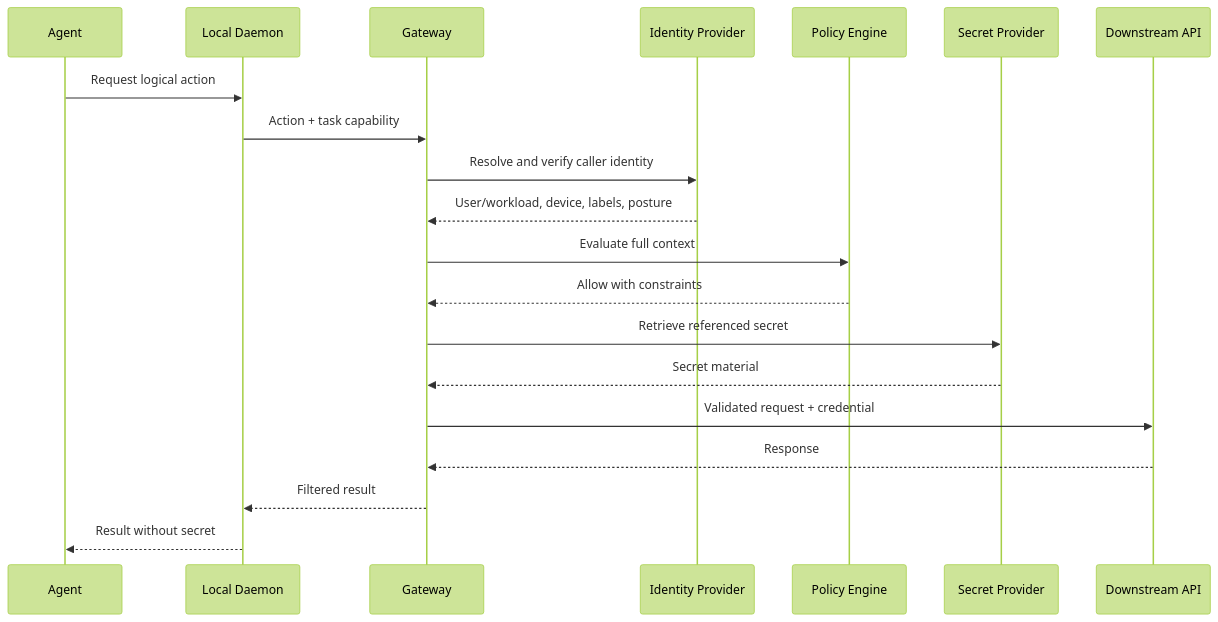
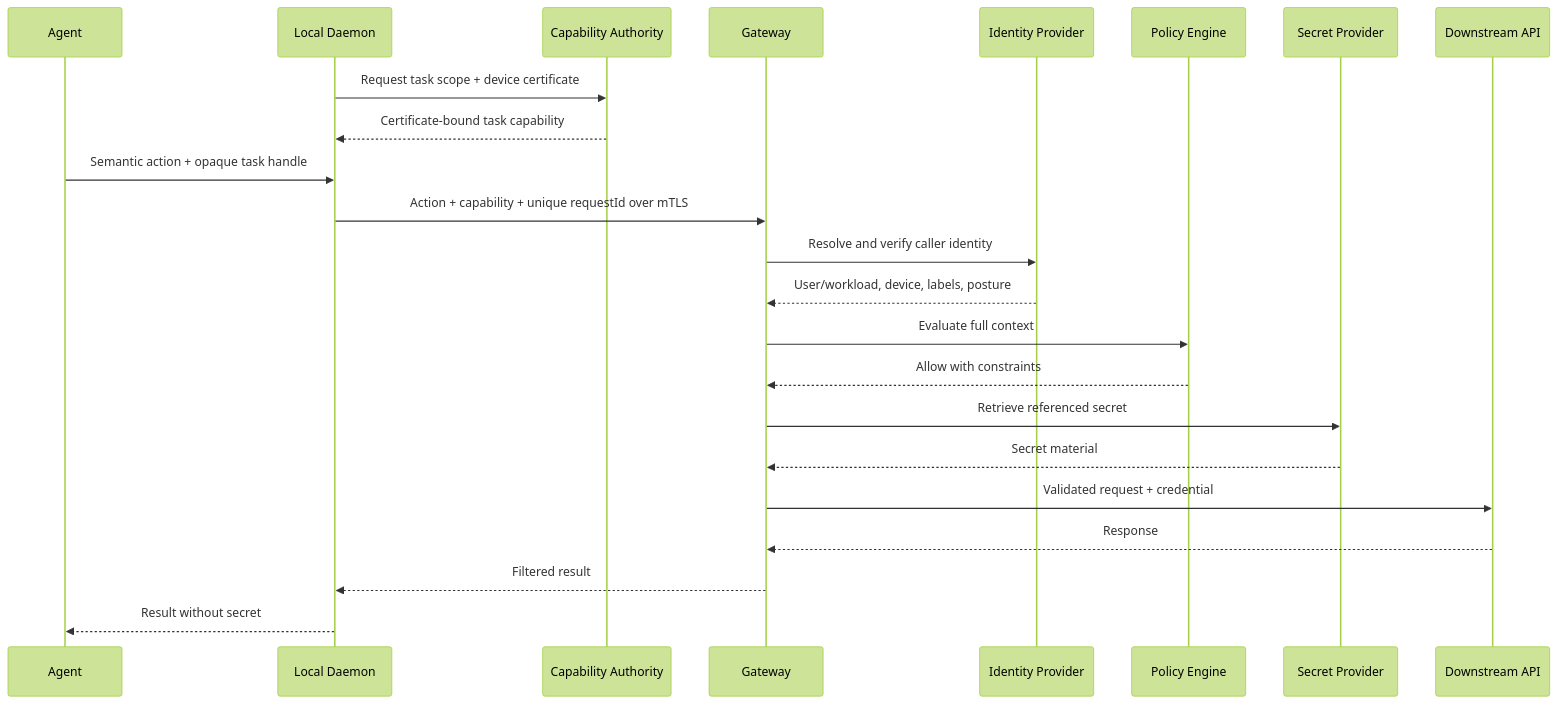
One commit to carloscn/agent-credential-firewall changed the second of 3 diagrams in docs/design.md. Above: the diagram before and after it, drawn with Mermaid (forest theme). The commit also changed other lines of this file and 5 other files, not shown here.

````diff
--- a/docs/design.md
+++ b/docs/design.md
@@ -668,23 +1003,26 @@
 ```mermaid
 sequenceDiagram
     participant A as Agent
     participant D as Local Daemon
+    participant C as Capability Authority
     participant G as Gateway
     participant I as Identity Provider
     participant P as Policy Engine
     participant SP as Secret Provider
     participant X as Downstream API
 
-    A->>D: Request logical action
-    D->>G: Action + task capability
+    D->>C: Request task scope + device certificate
+    C-->>D: Certificate-bound task capability
+    A->>D: Semantic action + opaque task handle
+    D->>G: Action + capability + unique requestId over mTLS
     G->>I: Resolve and verify caller identity
     I-->>G: User/workload, device, labels, posture
     G->>P: Evaluate full context
     P-->>G: Allow with constraints
     G->>SP: Retrieve referenced secret
     SP-->>G: Secret material
     G->>X: Validated request + credential
     X-->>G: Response
     G-->>D: Filtered result
     D-->>A: Result without secret
 ```
````
